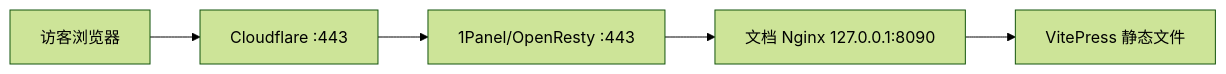
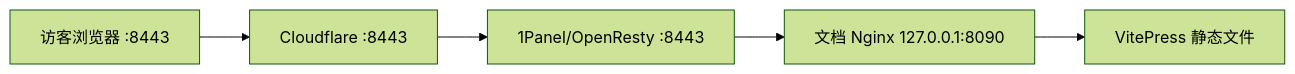
The diagram in docs-site/guide/docs-site-1panel-cloudflare.md (tellmevx-cell/mini-admin), drawn with Mermaid (forest theme) before and after one commit. The commit also changed other lines of this file and 1 other file, not shown here.

````diff
--- a/docs-site/guide/docs-site-1panel-cloudflare.md
+++ b/docs-site/guide/docs-site-1panel-cloudflare.md
@@ -7,7 +7,7 @@
 ```mermaid
 flowchart LR
-    U["访客浏览器"] --> C["Cloudflare :443"]
-    C --> P["1Panel/OpenResty :443"]
+    U["访客浏览器 :8443"] --> C["Cloudflare :8443"]
+    C --> P["1Panel/OpenResty :8443"]
     P --> N["文档 Nginx 127.0.0.1:8090"]
     N --> F["VitePress 静态文件"]
 ```
````
